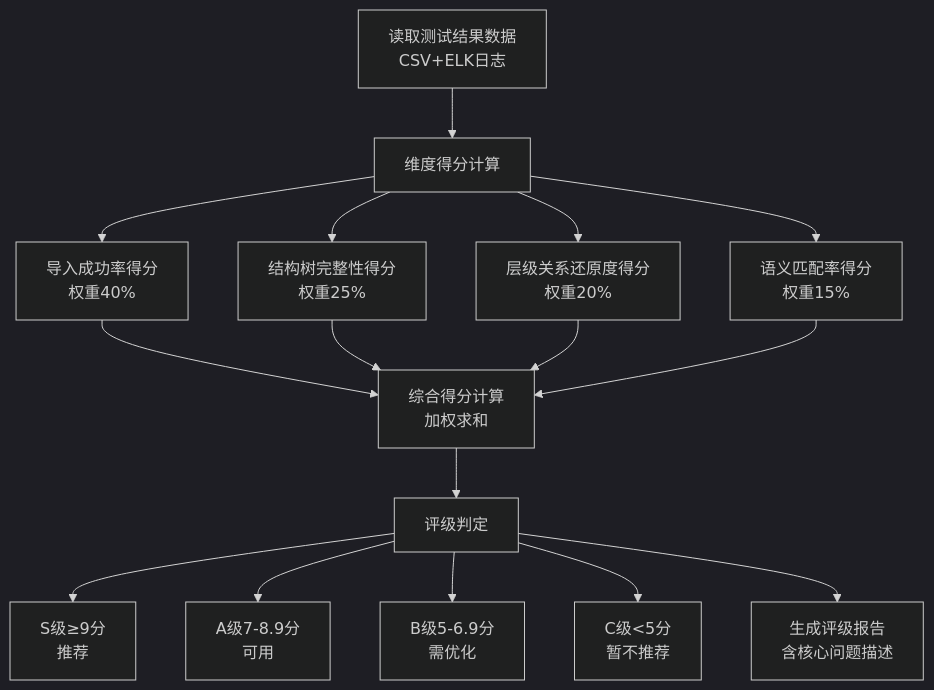
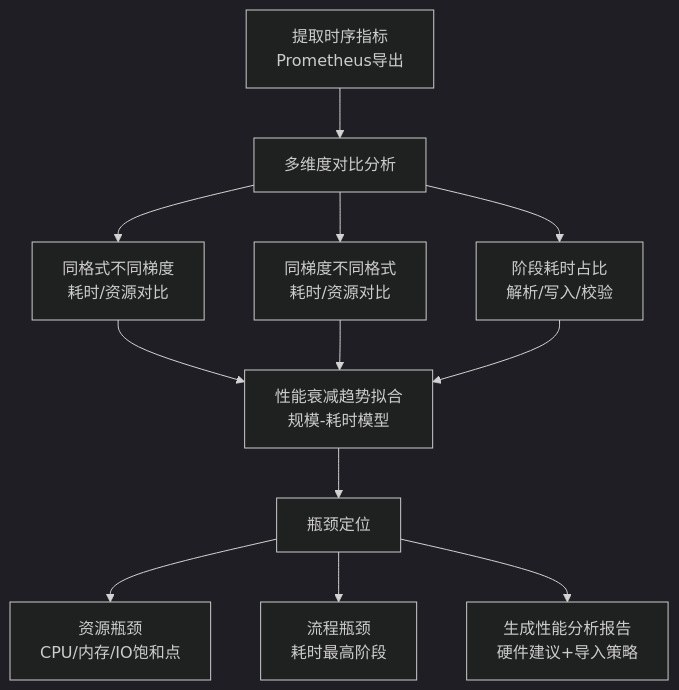
Before and after one commit to aston-harden/iodraw-files: the diagram in all/未命名-2.md, drawn with Mermaid (dark theme).

Commit message:
2026-01-08 14:12:37 update

````diff
--- a/all/未命名-2.md
+++ b/all/未命名-2.md
@@ -1,21 +1,17 @@
 ```mermaid
 graph TD
-    A[读取测试结果数据<br>CSV+ELK日志] --> B[维度得分计算]
-    B --> B1[导入成功率得分<br>权重40%]
-    B --> B2[结构树完整性得分<br>权重25%]
-    B --> B3[层级关系还原度得分<br>权重20%]
-    B --> B4[语义匹配率得分<br>权重15%]
+    A[提取时序指标<br>Prometheus导出] --> B[多维度对比分析]
+    B --> B1[同格式不同梯度<br>耗时/资源对比]
+    B --> B2[同梯度不同格式<br>耗时/资源对比]
+    B --> B3[阶段耗时占比<br>解析/写入/校验]
     
-    B1 --> C[综合得分计算<br>加权求和]
+    B1 --> C[性能衰减趋势拟合<br>规模-耗时模型]
     B2 --> C
     B3 --> C
-    B4 --> C
     
-    C --> D[评级判定]
-    D --> D1[S级≥9分<br>推荐]
-    D --> D2[A级7-8.9分<br>可用]
-    D --> D3[B级5-6.9分<br>需优化]
-    D --> D4[C级<5分<br>暂不推荐]
+    C --> D[瓶颈定位]
+    D --> D1[资源瓶颈<br>CPU/内存/IO饱和点]
+    D --> D2[流程瓶颈<br>耗时最高阶段]
     
-    D --> E[生成评级报告<br>含核心问题描述]
+    D --> E[生成性能分析报告<br>硬件建议+导入策略]
 ```
````
